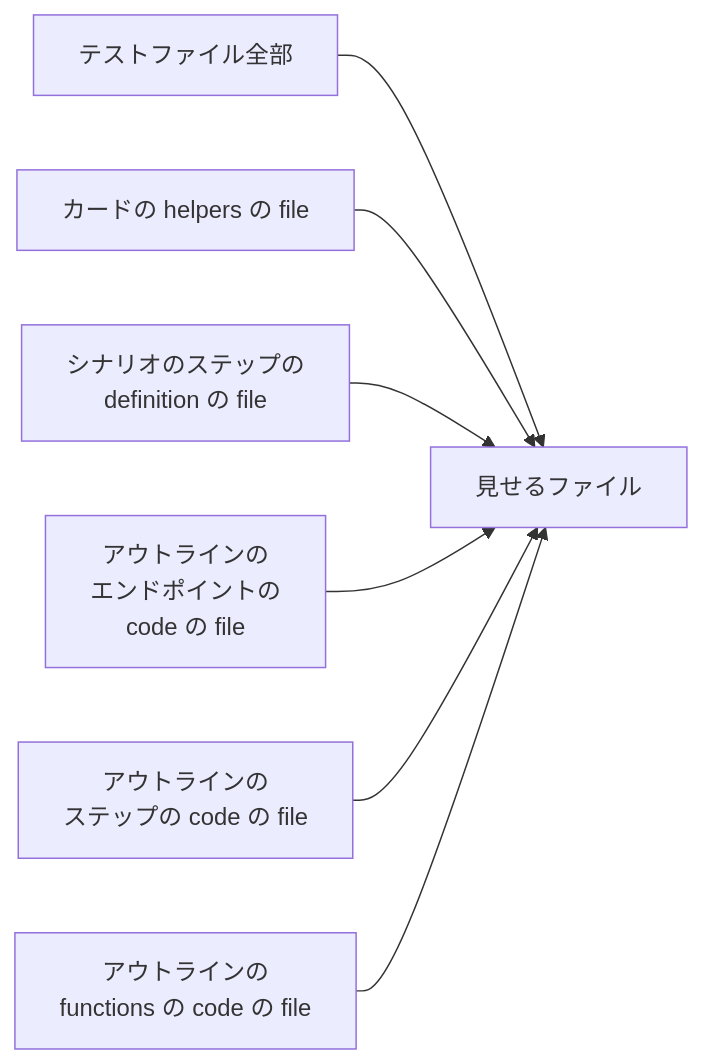
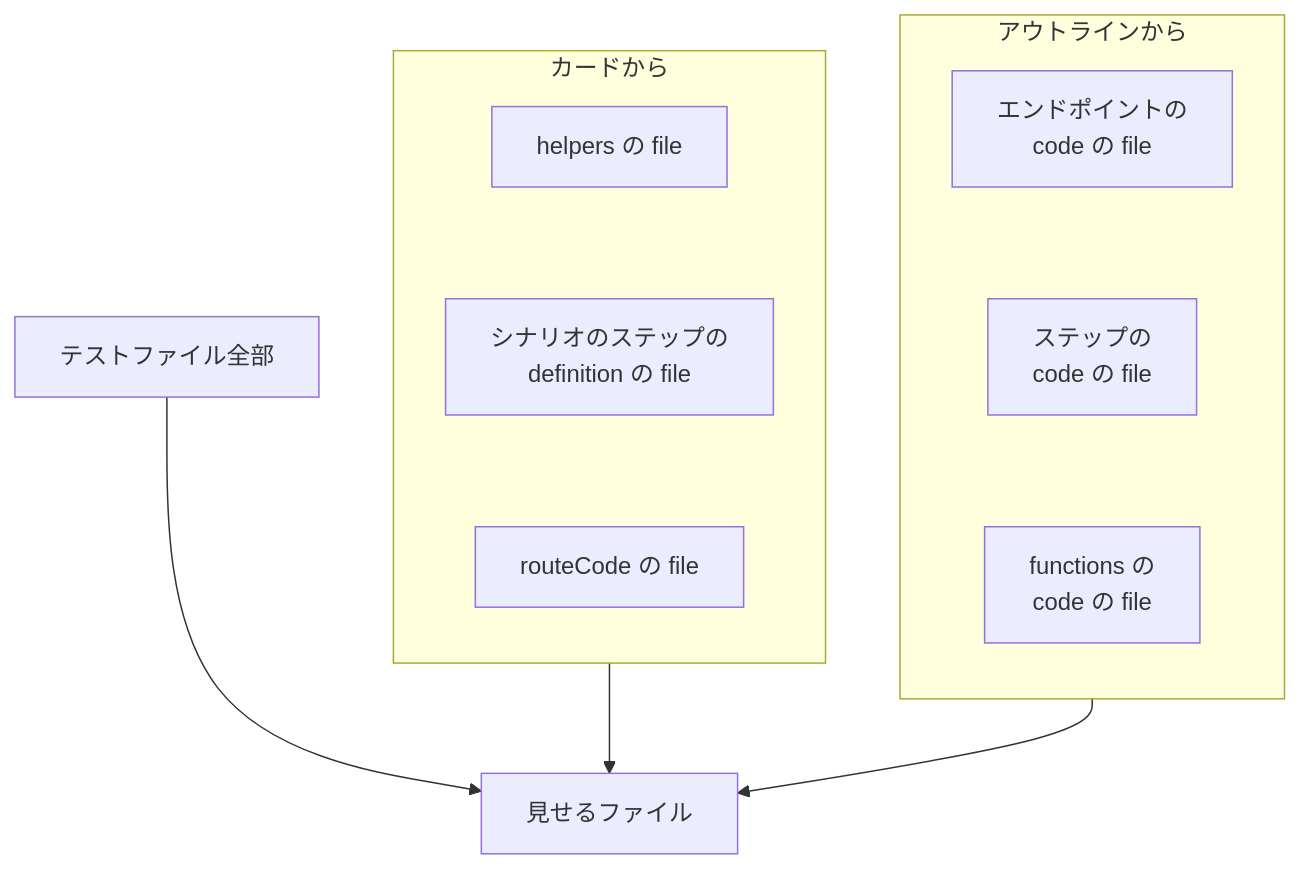
Before and after one commit to maronnjapan/maronn-openid-connect: diagram 18 of 22 in apps/tests/docs/05-data.md, drawn with Mermaid. The commit also changed other lines of this file and 11 other files, not shown here.

````diff
--- a/apps/tests/docs/05-data.md
+++ b/apps/tests/docs/05-data.md
@@ -740,16 +817,22 @@
 ```mermaid
-flowchart LR
+flowchart TB
   A["テストファイル全部"]
-  B["カードの helpers の file"]
-  C["シナリオのステップの<br/>definition の file"]
-  D["アウトラインの<br/>エンドポイントの<br/>code の file"]
-  E["アウトラインの<br/>ステップの code の file"]
-  F["アウトラインの<br/>functions の code の file"]
+  subgraph CARD["カードから"]
+    direction TB
+    B["helpers の file"]
+    C["シナリオのステップの<br/>definition の file"]
+    G["routeCode の file"]
+    B ~~~ C ~~~ G
+  end
+  subgraph OUT["アウトラインから"]
+    direction TB
+    D["エンドポイントの<br/>code の file"]
+    E["ステップの<br/>code の file"]
+    F["functions の<br/>code の file"]
+    D ~~~ E ~~~ F
+  end
   S["見せるファイル"]
   A --> S
-  B --> S
-  C --> S
-  D --> S
-  E --> S
-  F --> S
+  CARD --> S
+  OUT --> S
 ```
````
